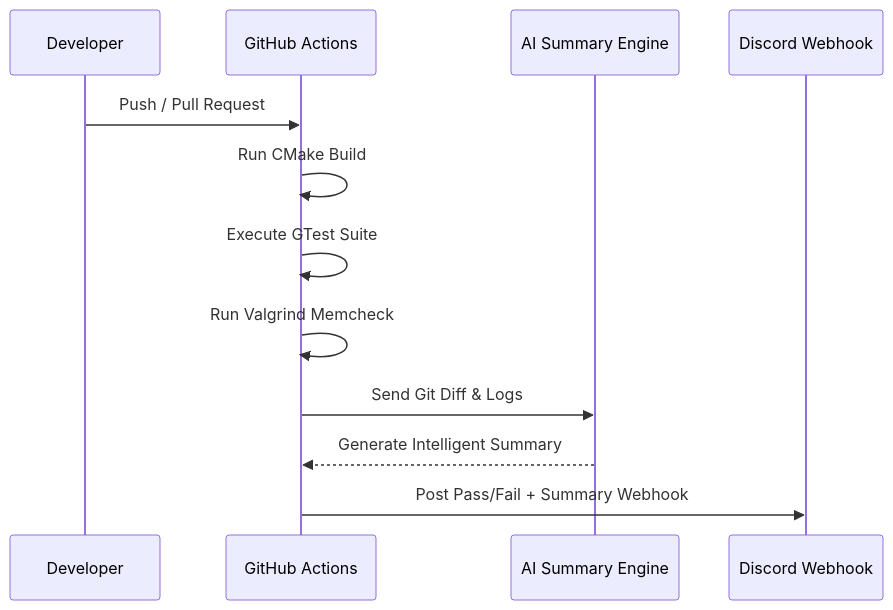
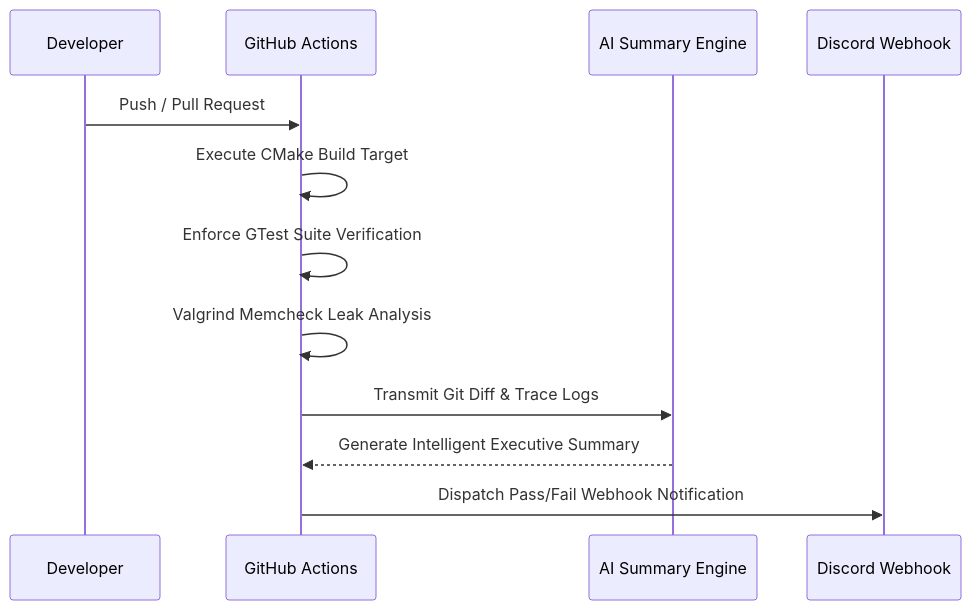
Before and after one commit to SwarritSrivastava/GB_Emulator_forkv2: the second of 2 diagrams in README.md, drawn with Mermaid. The commit also changed other lines of this file and 45 other files, not shown here.

Commit message:
docs: remove emojis and expand readme to glorify technical architecture

````diff
--- a/README.md
+++ b/README.md
@@ -70,15 +80,15 @@
 ```mermaid
 sequenceDiagram
     participant Dev as Developer
     participant Git as GitHub Actions
     participant Groq as AI Summary Engine
     participant Discord as Discord Webhook
 
     Dev->>Git: Push / Pull Request
-    Git->>Git: Run CMake Build
-    Git->>Git: Execute GTest Suite
-    Git->>Git: Run Valgrind Memcheck
-    Git->>Groq: Send Git Diff & Logs
-    Groq-->>Git: Generate Intelligent Summary
-    Git->>Discord: Post Pass/Fail + Summary Webhook
+    Git->>Git: Execute CMake Build Target
+    Git->>Git: Enforce GTest Suite Verification
+    Git->>Git: Valgrind Memcheck Leak Analysis
+    Git->>Groq: Transmit Git Diff & Trace Logs
+    Groq-->>Git: Generate Intelligent Executive Summary
+    Git->>Discord: Dispatch Pass/Fail Webhook Notification
 ```
````
